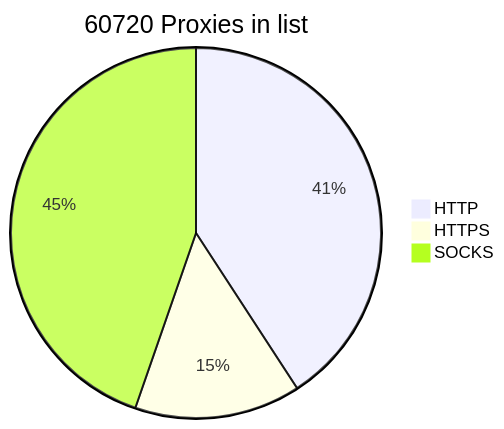
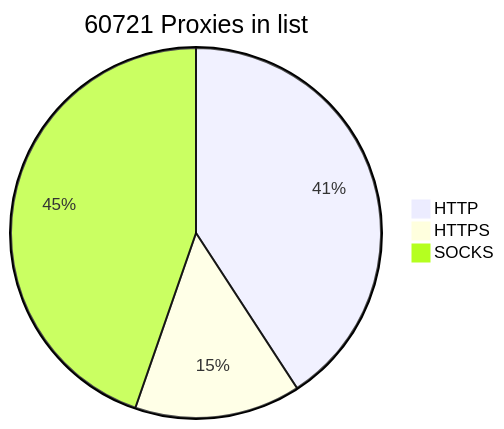
Before and after one commit to BlackSnowDot/proxylist-update-every-minute: the diagram in README.md, drawn with Mermaid.

````diff
--- a/README.md
+++ b/README.md
@@ -2,6 +2,6 @@
 ```mermaid
-pie title 60720 Proxies in list
-    "HTTP" : 28070
+pie title 60721 Proxies in list
+    "HTTP" : 28071
     "HTTPS": 9974
     "SOCKS" : 30733
 ```
````
